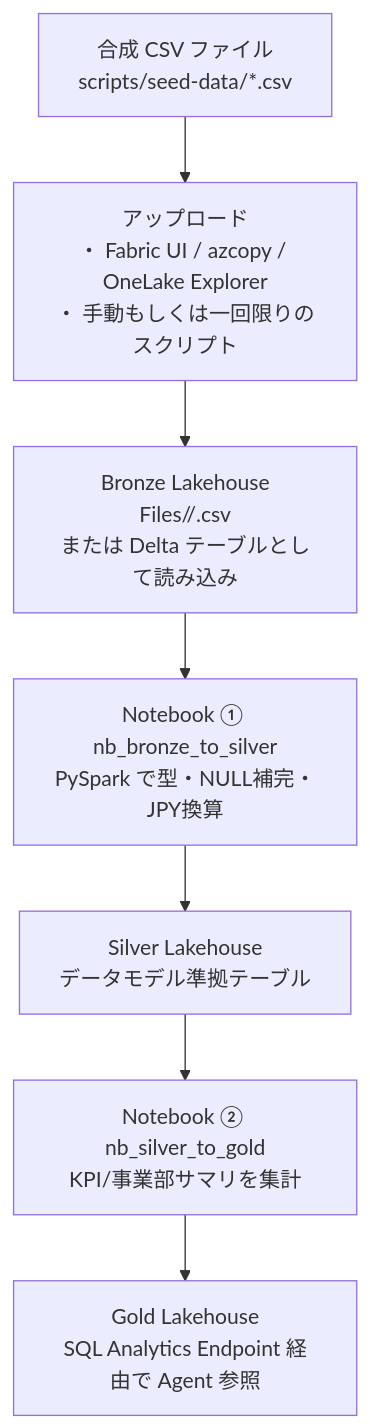
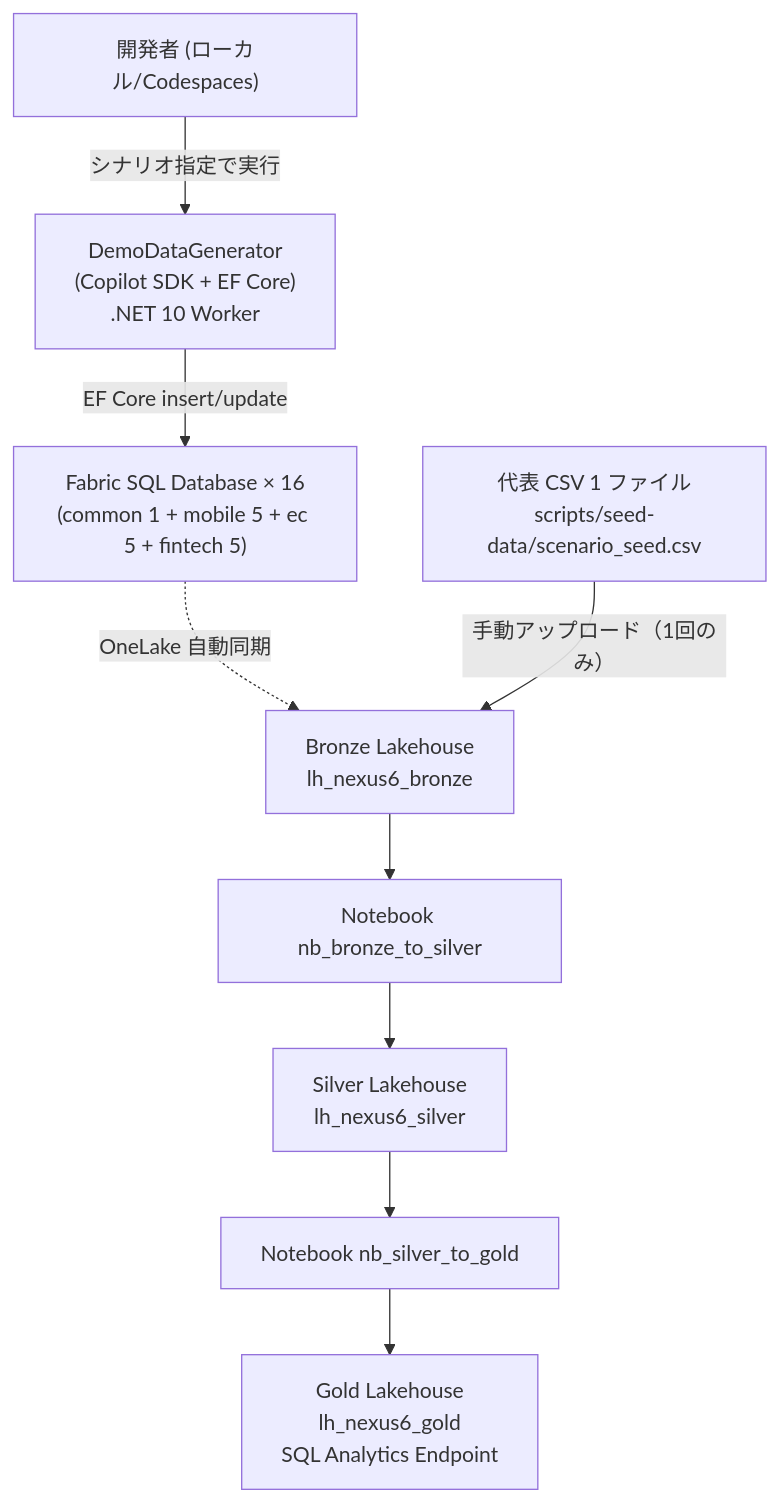
The second of 2 diagrams in docs/dev-plan/06-fabric-data-ingestion.md (Takas0522/nexus6-se-workshop), drawn with Mermaid before and after one commit. The commit also changed other lines of this file and 6 other files, not shown here.

````diff
--- a/docs/dev-plan/06-fabric-data-ingestion.md
+++ b/docs/dev-plan/06-fabric-data-ingestion.md
@@ -57,12 +66,18 @@
 ```mermaid
 flowchart TD
-    SRC["合成 CSV ファイル\nscripts/seed-data/*.csv"]
-    UP["アップロード\n・ Fabric UI / azcopy / OneLake Explorer\n・ 手動もしくは一回限りのスクリプト"]
-    BR["Bronze Lakehouse\nFiles/<domain>/<table>.csv\nまたは Delta テーブルとして読み込み"]
-    NB1["Notebook ① nb_bronze_to_silver\nPySpark で型・NULL補完・JPY換算"]
-    SV["Silver Lakehouse\nデータモデル準拠テーブル"]
-    NB2["Notebook ② nb_silver_to_gold\nKPI/事業部サマリを集計"]
-    GD["Gold Lakehouse\nSQL Analytics Endpoint 経由で Agent 参照"]
+    DEV["開発者 (ローカル/Codespaces)"]
+    DG["DemoDataGenerator\n(Copilot SDK + EF Core)\n.NET 10 Worker"]
+    SQLDB16["Fabric SQL Database × 16\n(common 1 + mobile 5 + ec 5 + fintech 5)"]
+    SEED["代表 CSV 1 ファイル\nscripts/seed-data/scenario_seed.csv"]
+    BR["Bronze Lakehouse\nlh_nexus6_bronze"]
+    NB1["Notebook nb_bronze_to_silver"]
+    SV["Silver Lakehouse\nlh_nexus6_silver"]
+    NB2["Notebook nb_silver_to_gold"]
+    GD["Gold Lakehouse\nlh_nexus6_gold\nSQL Analytics Endpoint"]
 
-    SRC --> UP --> BR --> NB1 --> SV --> NB2 --> GD
+    DEV -->|シナリオ指定で実行| DG
+    DG -->|EF Core insert/update| SQLDB16
+    SQLDB16 -.->|OneLake 自動同期| BR
+    SEED -->|手動アップロード（1回のみ）| BR
+    BR --> NB1 --> SV --> NB2 --> GD
 ```
````
